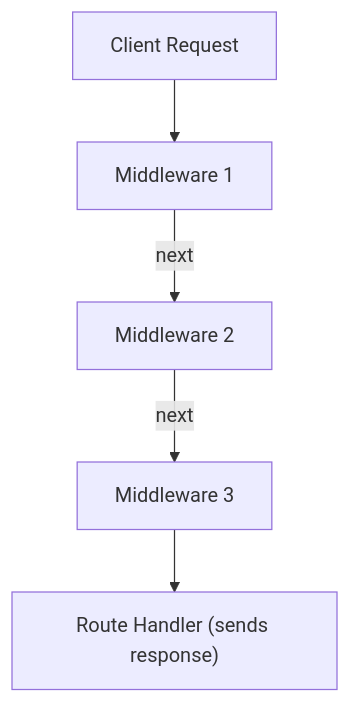
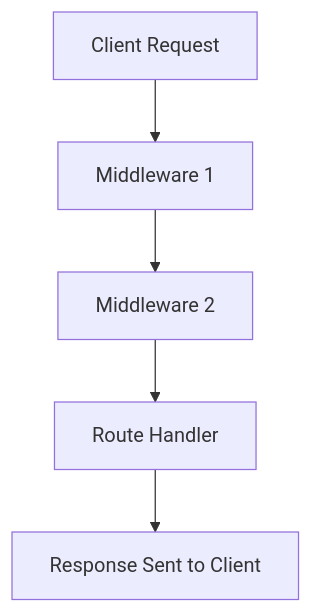
The first of 2 diagrams in Season2 Notes/MiddleWare_Errorhandling_routes/notes.md (Ophidev/Node_js-Notes), drawn with Mermaid before and after one commit. The commit also changed other lines of this file and 18 other files, not shown here.

Commit message:
Updating old notes and Starting with Data Sanitization and Schema validation

````diff
--- a/Season2 Notes/MiddleWare_Errorhandling_routes/notes.md
+++ b/Season2 Notes/MiddleWare_Errorhandling_routes/notes.md
@@ -43,8 +82,8 @@
 ```mermaid
-flowchart TD
-  A["Client Request"] --> B["Middleware 1"]
-  B -- next --> C["Middleware 2"]
-  C -- next --> D["Middleware 3"]
-  D --> E["Route Handler (sends response)"]
+graph TD
+    A[Client Request] --> B[Middleware 1]
+    B --> C[Middleware 2]
+    C --> D[Route Handler]
+    D --> E[Response Sent to Client]
 
 ```
````
